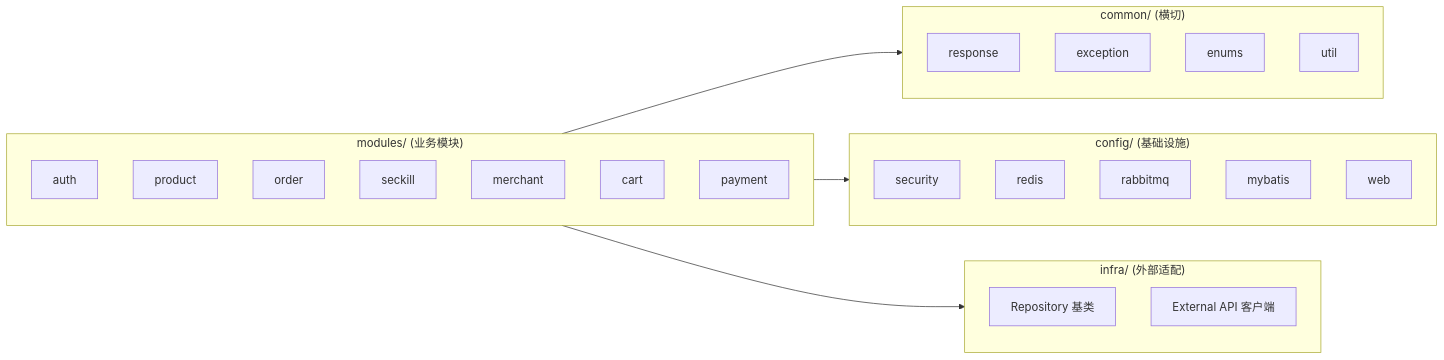
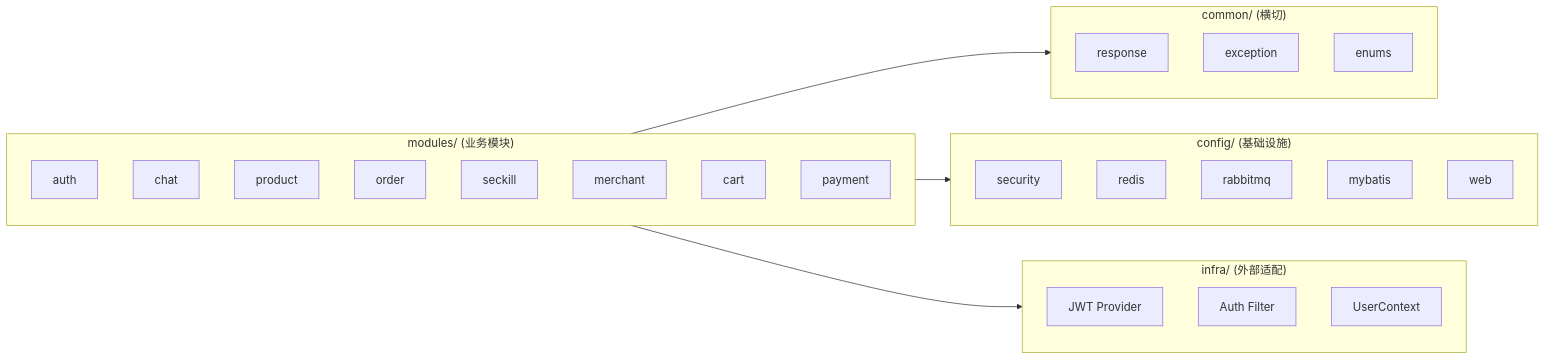
The second of 6 diagrams in README.md (FranXx827/personal), drawn with Mermaid before and after one commit. The commit also changed other lines of this file and 1 other file, not shown here.

Commit message:
全面优化 README 文档架构图和内容说明

````diff
--- a/README.md
+++ b/README.md
@@ -78,32 +68,33 @@
 ```mermaid
 flowchart LR
     subgraph modules["modules/ (业务模块)"]
         AUTH[auth]
+        CHAT[chat]
         PROD[product]
         ORDER[order]
         SEC[seckill]
         MERCH[merchant]
         CART[cart]
         PAY[payment]
     end
     subgraph common["common/ (横切)"]
         RES[response]
         EX[exception]
         EN[enums]
-        UT[util]
     end
     subgraph config["config/ (基础设施)"]
         SEC_CFG[security]
         RD_CFG[redis]
         MQ_CFG[rabbitmq]
         MB_CFG[mybatis]
         WB_CFG[web]
     end
     subgraph infra["infra/ (外部适配)"]
-        REPO[Repository 基类]
-        EXT[External API 客户端]
+        JWT[JWT Provider]
+        FILTER[Auth Filter]
+        HOLDER[UserContext]
     end
     modules --> common
     modules --> config
     modules --> infra
 ```
````
